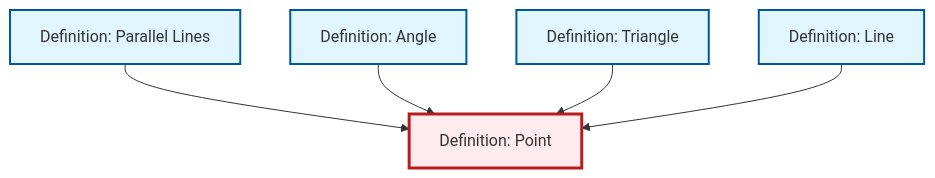
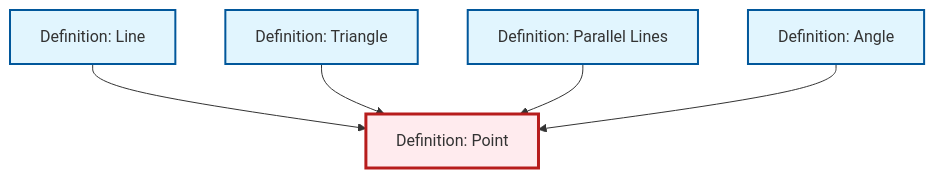
The diagram in content/en/geometry/def-point.qmd (RK0429/ModernMath), drawn with Mermaid before and after one commit. The commit also changed other lines of this file and 491 other files, not shown here.

````diff
--- a/content/en/geometry/def-point.qmd
+++ b/content/en/geometry/def-point.qmd
@@ -39,23 +39,23 @@
 ```{mermaid}
 %%| fig-cap: "Local dependency graph"
 graph TD
     classDef definition fill:#e1f5fe,stroke:#01579b,stroke-width:2px
     classDef theorem fill:#f3e5f5,stroke:#4a148c,stroke-width:2px
     classDef axiom fill:#fff3e0,stroke:#e65100,stroke-width:2px
     classDef example fill:#e8f5e9,stroke:#1b5e20,stroke-width:2px
     classDef current fill:#ffebee,stroke:#b71c1c,stroke-width:3px
+    def-parallel["Definition: Parallel Lines"]:::definition
+    def-point["Definition: Point"]:::definition
     def-line["Definition: Line"]:::definition
+    def-angle["Definition: Angle"]:::definition
     def-triangle["Definition: Triangle"]:::definition
-    def-parallel["Definition: Parallel Lines"]:::definition
-    def-angle["Definition: Angle"]:::definition
-    def-point["Definition: Point"]:::definition
+    def-line --> def-point
+    def-triangle --> def-point
     def-parallel --> def-point
     def-angle --> def-point
-    def-triangle --> def-point
-    def-line --> def-point
     class def-point current
+    click def-parallel "def-parallel.html" "Go to Parallel Lines definition"
     click def-line "def-line.html" "Go to Line definition"
+    click def-angle "def-angle.html" "Go to Angle definition"
     click def-triangle "def-triangle.html" "Go to Triangle definition"
-    click def-parallel "def-parallel.html" "Go to Parallel Lines definition"
-    click def-angle "def-angle.html" "Go to Angle definition"
 ```
````
